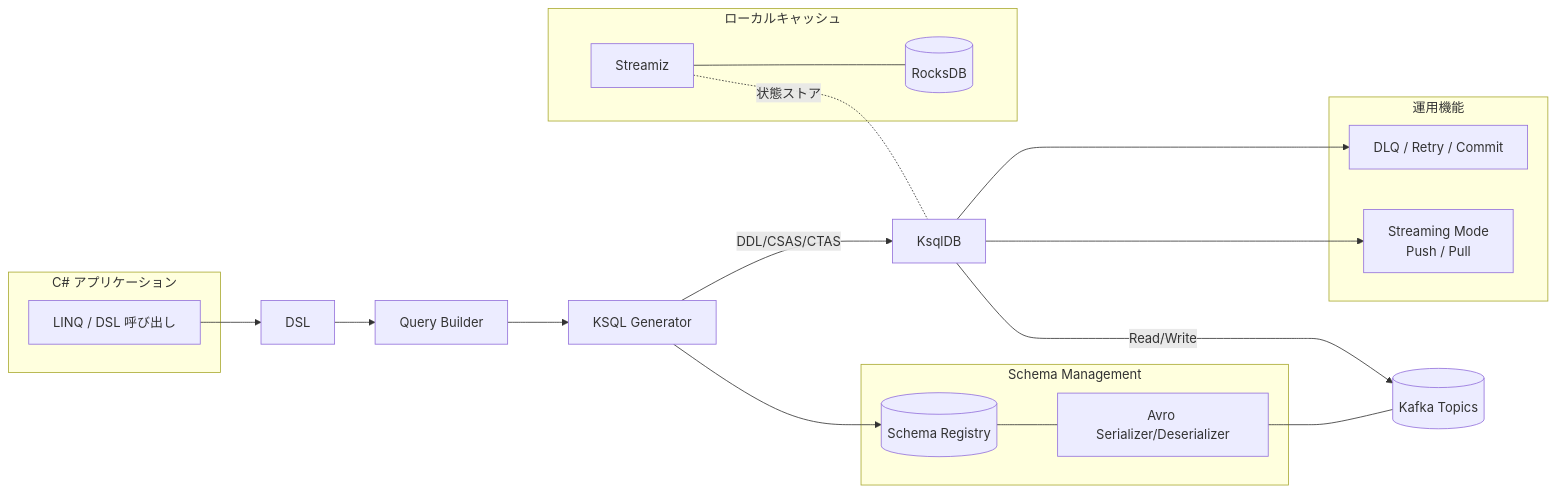
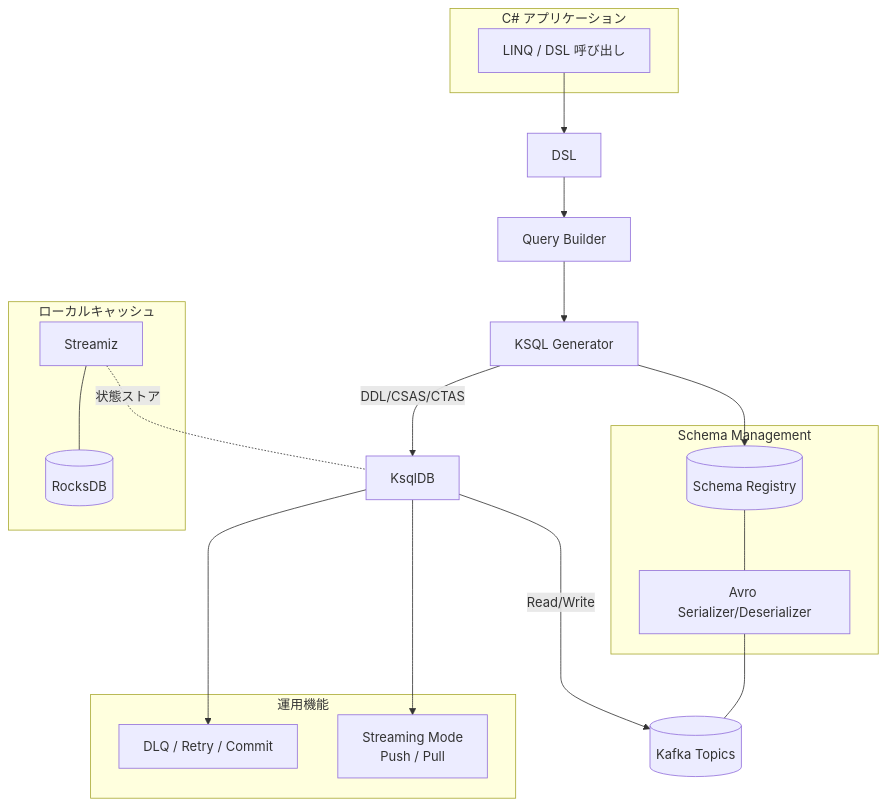
The first of 2 diagrams in README.md (sage-mt07/rc02), drawn with Mermaid before and after one commit. The commit also changed 2 other files, not shown here.

Commit message:
readme update

````diff
--- a/README.md
+++ b/README.md
@@ -22,39 +22,39 @@
 ``` mermaid
-flowchart LR
+flowchart TB
     subgraph App["C# アプリケーション"]
         A[LINQ / DSL 呼び出し]
     end
 
     A --> B[DSL]
     B --> C[Query Builder]
     C --> D[KSQL Generator]
     D -->|DDL/CSAS/CTAS| E[KsqlDB]
     E -->|Read/Write| F[(Kafka Topics)]
 
     %% 補助コンポーネント
     subgraph Schema["Schema Management"]
         SR[(Schema Registry)]
         AV[Avro Serializer/Deserializer]
     end
 
     D --> SR
     SR --- AV
     AV --- F
 
     %% 運用・モード
     subgraph Ops["運用機能"]
         EH[DLQ / Retry / Commit]
         MODE[Streaming Mode\nPush / Pull]
     end
 
     E ---> EH
     E ---> MODE
 
     %% キャッシュ層
     subgraph Cache["ローカルキャッシュ"]
         ST[Streamiz]
         RDB[(RocksDB)]
     end
     ST --- RDB
     ST -. 状態ストア .- E
 ``` 
````
